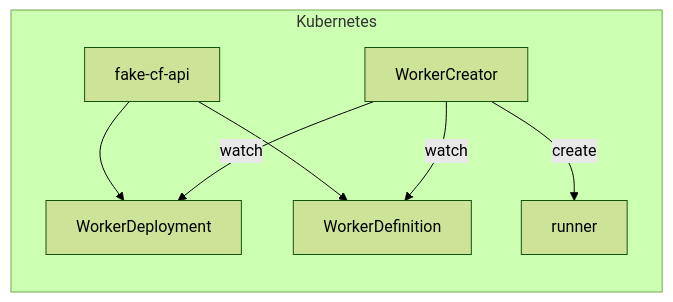
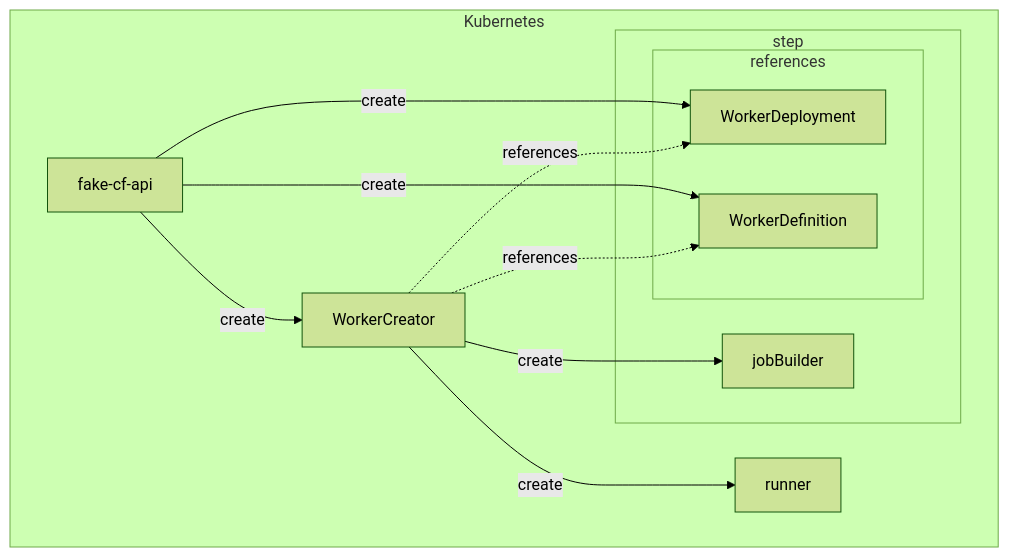
The third of 4 diagrams in README.md (clementreiffers/worker-api), drawn with Mermaid (forest theme) before and after one commit. The commit also changed other lines of this file, not shown here.

````diff
--- a/README.md
+++ b/README.md
@@ -197,11 +197,16 @@
 ```mermaid
-flowchart LR
+flowchart TB
     subgraph Kubernetes
-        fake-cf-api --> WorkerDeployment & WorkerDefinition
-        WorkerDefinition
-        WorkerDeployment
-        WorkerCreator --> |watch| WorkerDefinition & WorkerDeployment
-        WorkerCreator --> |create| runner 
-            
+        fake-cf-api -->|create| WorkerDeployment & WorkerDefinition & WorkerCreator
+        WorkerCreator .-> |references| WorkerDeployment & WorkerDefinition
+        WorkerCreator --> |create| runner
+        WorkerCreator --> |create| jobBuilder
+        
+        subgraph step
+            jobBuilder
+            subgraph references 
+                WorkerDefinition & WorkerDeployment
+            end
+        end
     end
 ```
````
